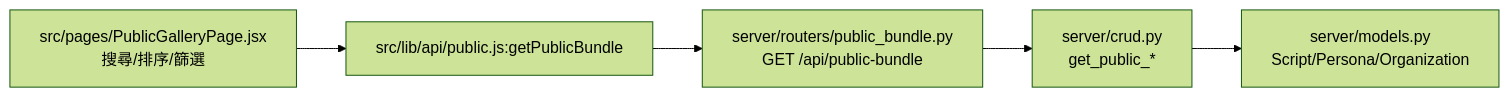
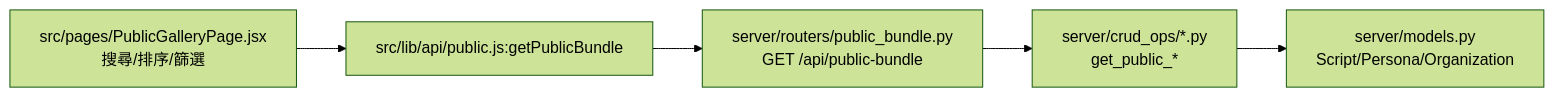
One commit to Shawn-csy/write_project changed the second of 15 diagrams in docs/product/data-flows.md. Above: the diagram before and after it, drawn with Mermaid (forest theme). The commit also changed other lines of this file and 5 other files, not shown here.

Commit message:
Document PostgreSQL-first architecture and update CRUD path references

````diff
--- a/docs/product/data-flows.md
+++ b/docs/product/data-flows.md
@@ -27,7 +27,7 @@
 ```mermaid
 flowchart LR
   A[src/pages/PublicGalleryPage.jsx\n搜尋/排序/篩選] --> B[src/lib/api/public.js:getPublicBundle]
   B --> C[server/routers/public_bundle.py\nGET /api/public-bundle]
-  C --> D[server/crud.py\nget_public_*]
+  C --> D[server/crud_ops/*.py\nget_public_*]
   D --> E[server/models.py\nScript/Persona/Organization]
 ```
````
